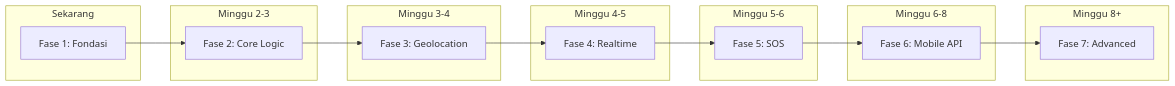
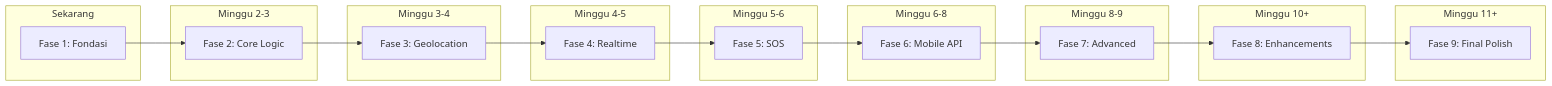
One commit to wahyudedik/montirgo changed diagram 13 of 13 in plans/ROADMAP.md. Above: the diagram before and after it, drawn with Mermaid. The commit also changed other lines of this file and 29 other files, not shown here.

````diff
--- a/plans/ROADMAP.md
+++ b/plans/ROADMAP.md
@@ -583,26 +691,32 @@
 ```mermaid
 graph LR
     subgraph "Sekarang"
         P1[Fase 1: Fondasi]
     end
     subgraph "Minggu 2-3"
         P2[Fase 2: Core Logic]
     end
     subgraph "Minggu 3-4"
         P3[Fase 3: Geolocation]
     end
     subgraph "Minggu 4-5"
         P4[Fase 4: Realtime]
     end
     subgraph "Minggu 5-6"
         P5[Fase 5: SOS]
     end
     subgraph "Minggu 6-8"
         P6[Fase 6: Mobile API]
     end
-    subgraph "Minggu 8+"
+    subgraph "Minggu 8-9"
         P7[Fase 7: Advanced]
     end
+    subgraph "Minggu 10+"
+        P8[Fase 8: Enhancements]
+    end
+    subgraph "Minggu 11+"
+        P9[Fase 9: Final Polish]
+    end
 
-    P1 --> P2 --> P3 --> P4 --> P5 --> P6 --> P7
+    P1 --> P2 --> P3 --> P4 --> P5 --> P6 --> P7 --> P8 --> P9
 ```
````
